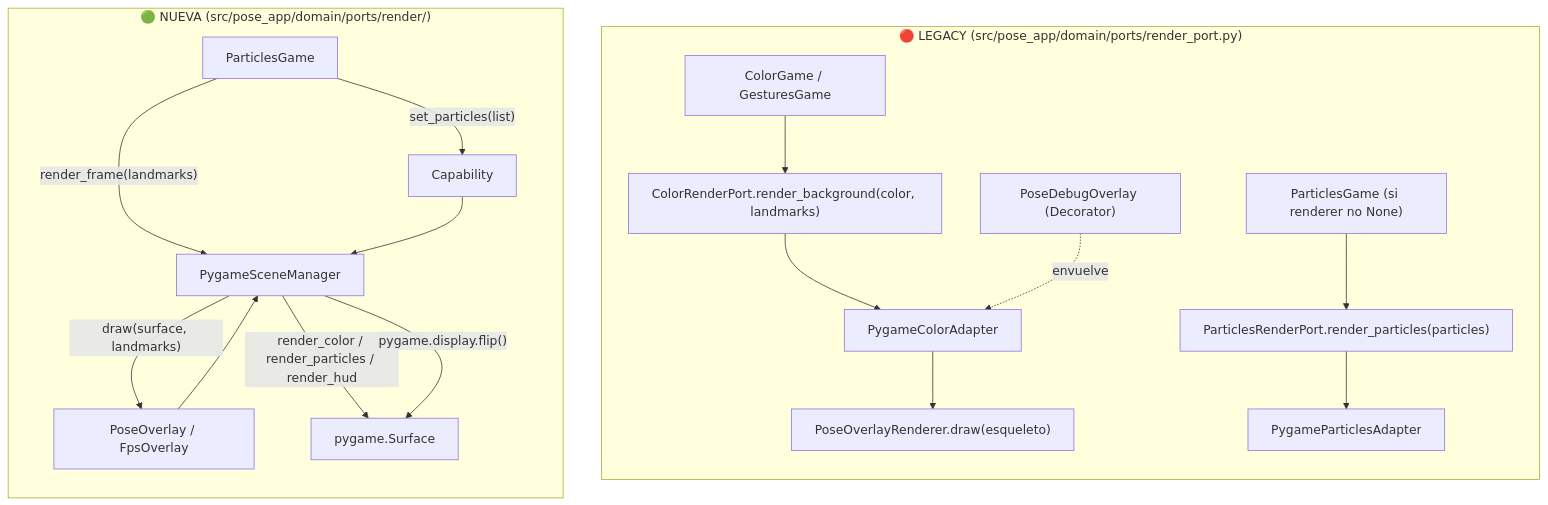
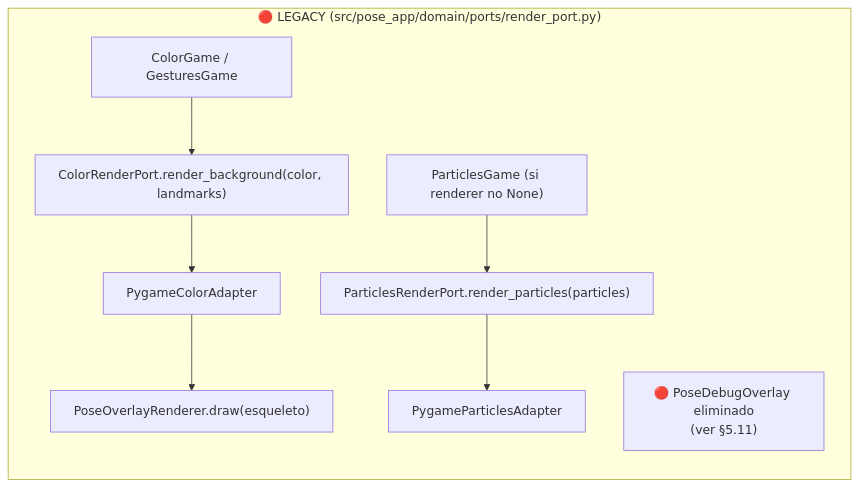
One commit to mauricioVillegasBelmont/pose_app changed the sixth of 8 diagrams in docs/system_learning.md. Above: the diagram before and after it, drawn with Mermaid. The commit also changed other lines of this file and 33 other files, not shown here.

First line of the commit message:
fix(render): single pygame window + remove legacy overlay decorator

````diff
--- a/docs/system_learning.md
+++ b/docs/system_learning.md
@@ -230,23 +230,12 @@
 ```mermaid
 flowchart TD
     subgraph LEGACY["🔴 LEGACY (src/pose_app/domain/ports/render_port.py)"]
         direction TB
         L1["ColorGame / GesturesGame"] --> L2["ColorRenderPort.render_background(color, landmarks)"]
         L2 --> L3["PygameColorAdapter"]
         L3 --> L4["PoseOverlayRenderer.draw(esqueleto)"]
         L5["ParticlesGame (si renderer no None)"] --> L6["ParticlesRenderPort.render_particles(particles)"]
         L6 --> L7["PygameParticlesAdapter"]
-        DBG["PoseDebugOverlay (Decorator)"] -. envuelve .-> L3
-    end
-
-    subgraph NUEVA["🟢 NUEVA (src/pose_app/domain/ports/render/)"]
-        direction TB
-        N1["ParticlesGame"] -->|"set_particles(list)"| CAP["Capability"]
-        N1 -->|"render_frame(landmarks)"| SC["PygameSceneManager"]
-        CAP --> SC
-        OV["PoseOverlay / FpsOverlay"] --> SC
-        SC -->|"render_color / render_particles / render_hud"| SURF["pygame.Surface"]
-        SC -->|"draw(surface, landmarks)"| OV
-        SC -->|"pygame.display.flip()"| SURF
+        NOTE["🔴 PoseDebugOverlay eliminado<br/>(ver §5.11)"]
     end
 ```
````
